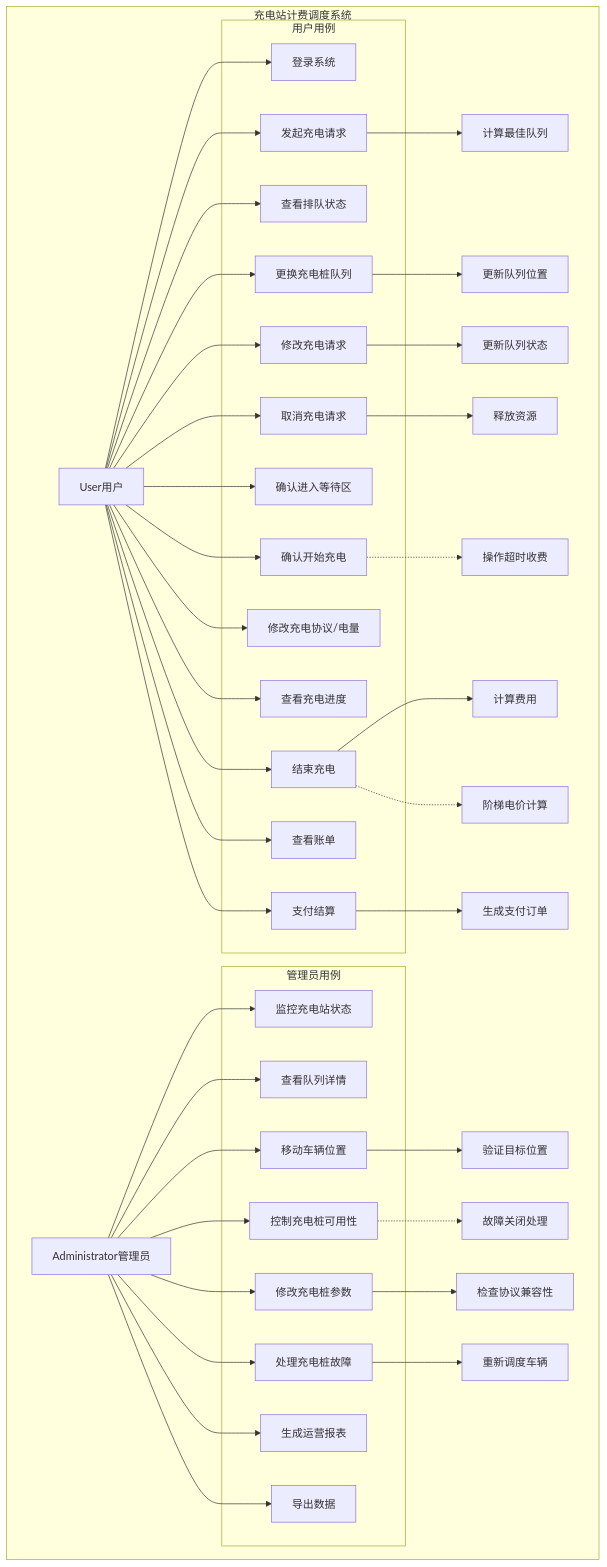
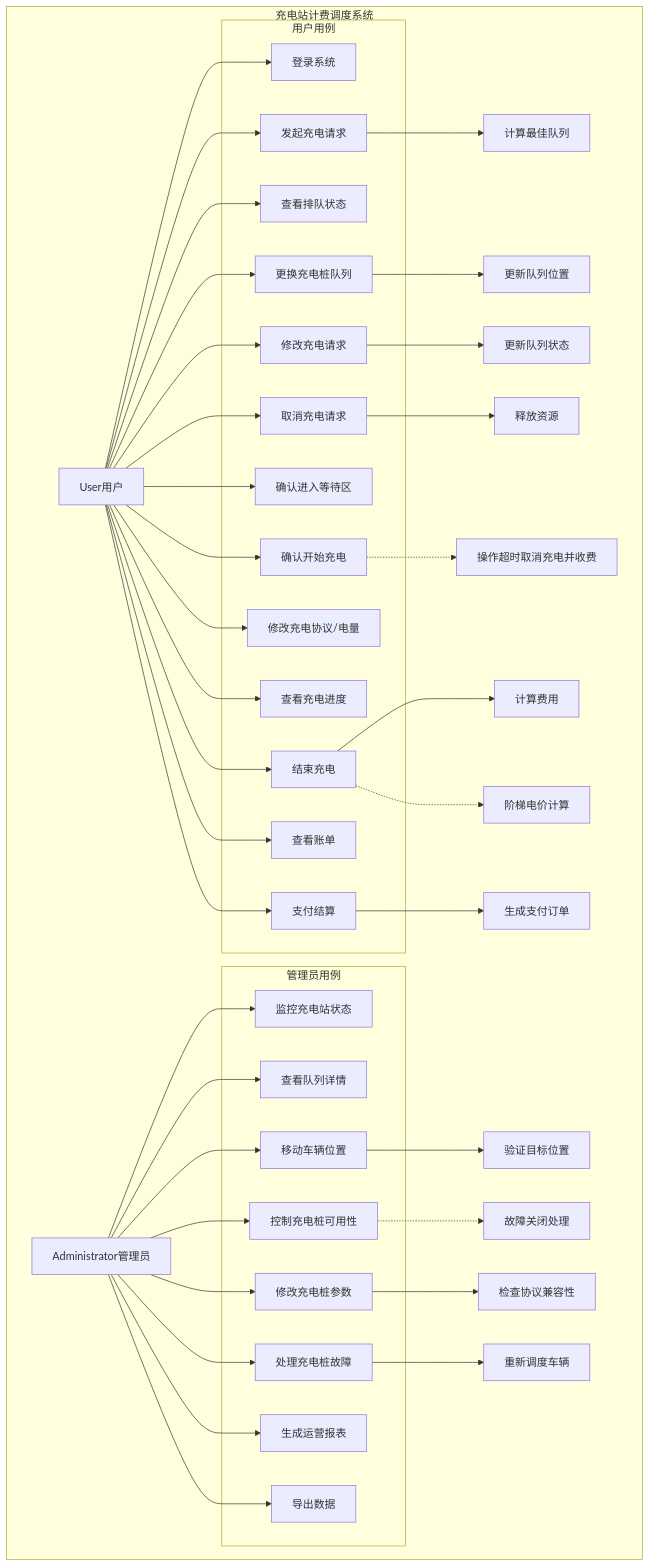
The first of 6 diagrams in docs/用例模型.md (DuHaoyang626/charge-system), drawn with Mermaid before and after one commit. The commit also changed other lines of this file and 2 other files, not shown here.

````diff
--- a/docs/用例模型.md
+++ b/docs/用例模型.md
@@ -12,71 +12,71 @@
 ```mermaid
 graph TD
     subgraph 充电站计费调度系统
         subgraph 用户用例
             UC1[登录系统]
             UC2[发起充电请求]
             UC3[查看排队状态]
             UC4[更换充电桩队列]
             UC5[修改充电请求]
             UC6[取消充电请求]
             UC7[确认进入等待区]
             UC8[确认开始充电]
             UC9[修改充电协议/电量]
             UC10[查看充电进度]
             UC11[结束充电]
             UC12[查看账单]
             UC13[支付结算]
         end
         
         subgraph 管理员用例
             UC14[监控充电站状态]
             UC15[查看队列详情]
             UC16[移动车辆位置]
             UC17[控制充电桩可用性]
             UC18[修改充电桩参数]
             UC19[处理充电桩故障]
             UC20[生成运营报表]
             UC21[导出数据]
         end
 
     
       User用户 --> UC1
       User用户 --> UC2
       User用户 --> UC3
       User用户 --> UC4
       User用户 --> UC5
       User用户 --> UC6
       User用户 --> UC7
       User用户 --> UC8
       User用户 --> UC9
       User用户 --> UC10
       User用户 --> UC11
       User用户 --> UC12
       User用户 --> UC13
 
       Administrator管理员 --> UC14
       Administrator管理员 --> UC15
       Administrator管理员 --> UC16
       Administrator管理员 --> UC17
       Administrator管理员 --> UC18
       Administrator管理员 --> UC19
       Administrator管理员 --> UC20
       Administrator管理员 --> UC21
     
       %% 包含关系
       UC2 --> UC22[计算最佳队列]
       UC4 --> UC23[更新队列位置]
       UC5 --> UC24[更新队列状态]
       UC6 --> UC25[释放资源]
       UC11 --> UC26[计算费用]
       UC13 --> UC27[生成支付订单]
       UC16 --> UC28[验证目标位置]
       UC18 --> UC29[检查协议兼容性]
       UC19 --> UC30[重新调度车辆]
     
       %% 扩展关系
-      UC8 -.-> UC31[操作超时收费]
+      UC8 -.-> UC31[操作超时取消充电并收费]
       UC11 -.-> UC32[阶梯电价计算]
       UC17 -.-> UC33[故障关闭处理]
     end
 ```
````
